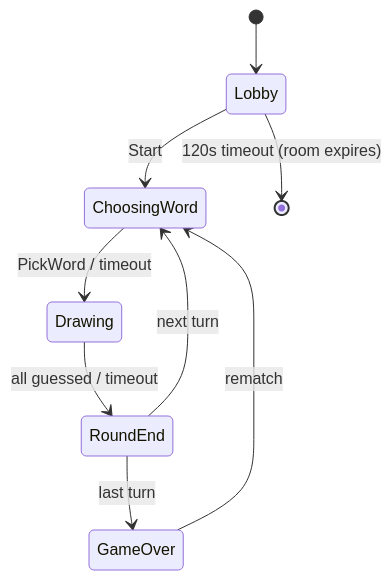
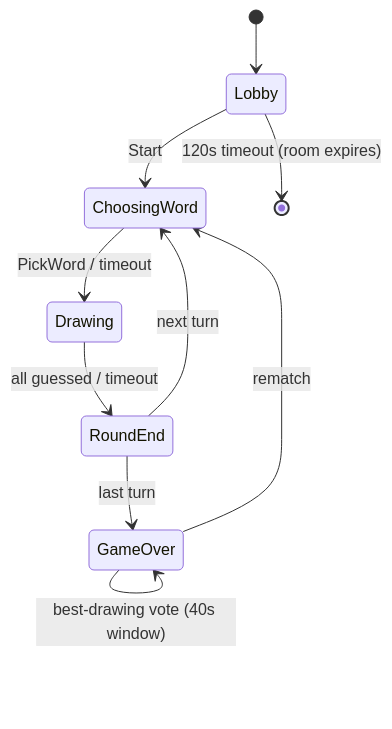
Before and after one commit to arnabjena007/voxi: the diagram in README.md, drawn with Mermaid. The commit also changed other lines of this file, not shown here.

````diff
--- a/README.md
+++ b/README.md
@@ -346,11 +420,12 @@
 ```mermaid
 stateDiagram-v2
     [*] --> Lobby
     Lobby --> ChoosingWord: Start
     Lobby --> [*]: 120s timeout (room expires)
     ChoosingWord --> Drawing: PickWord / timeout
     Drawing --> RoundEnd: all guessed / timeout
     RoundEnd --> ChoosingWord: next turn
     RoundEnd --> GameOver: last turn
+    GameOver --> GameOver: best-drawing vote (40s window)
     GameOver --> ChoosingWord: rematch
 ```
````
